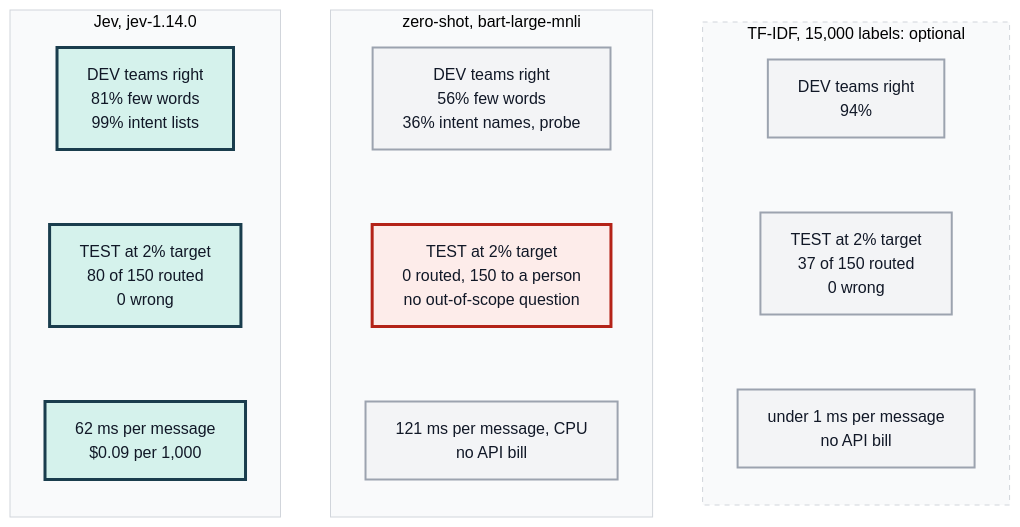
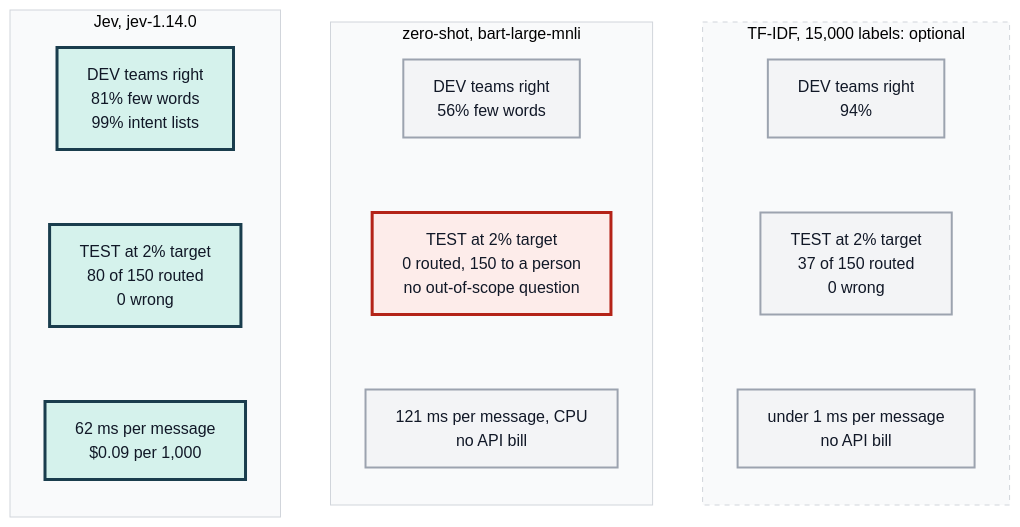
The diagram in course/diagrams/module_03/summary-jev-vs-zero-shot.mmd (axel-sirota/getting_started_jev), drawn with Mermaid before and after one commit. The commit also changed 15 other files, not shown here.

```diff
--- a/course/diagrams/module_03/summary-jev-vs-zero-shot.mmd
+++ b/course/diagrams/module_03/summary-jev-vs-zero-shot.mmd
@@ -1,32 +1,32 @@
 %%{init: {"theme": "base", "themeVariables": {"fontFamily": "Inter, sans-serif", "primaryColor": "#ECF8F6", "primaryBorderColor": "#40B8A6", "primaryTextColor": "#111827", "lineColor": "#1A3D4D", "secondaryColor": "#F9FAFB", "tertiaryColor": "#FFFFFF", "clusterBkg": "#F9FAFB", "clusterBorder": "#D1D5DB", "actorBkg": "#ECF8F6", "actorBorder": "#40B8A6", "noteBkgColor": "#FFF6DA", "noteBorderColor": "#E0B84C"}}}%%
 flowchart LR
   subgraph JEV["Jev, jev-1.14.0"]
     direction TB
     J1["DEV teams right<br/>81% few words<br/>99% intent lists"]
     J2["TEST at 2% target<br/>80 of 150 routed<br/>0 wrong"]
     J3["62 ms per message<br/>$0.09 per 1,000"]
     J1 ~~~ J2 ~~~ J3
   end
   subgraph ZS["zero-shot, bart-large-mnli"]
     direction TB
-    Z1["DEV teams right<br/>56% few words<br/>36% intent names, probe"]
+    Z1["DEV teams right<br/>56% few words"]
     Z2["TEST at 2% target<br/>0 routed, 150 to a person<br/>no out-of-scope question"]
     Z3["121 ms per message, CPU<br/>no API bill"]
     Z1 ~~~ Z2 ~~~ Z3
   end
   subgraph TF["TF-IDF, 15,000 labels: optional"]
     direction TB
     T1["DEV teams right<br/>94%"]
     T2["TEST at 2% target<br/>37 of 150 routed<br/>0 wrong"]
     T3["under 1 ms per message<br/>no API bill"]
     T1 ~~~ T2 ~~~ T3
   end
   JEV ~~~ ZS ~~~ TF
 
   classDef jev fill:#D5F2EC,stroke:#1A3D4D,stroke-width:3px
   classDef base fill:#F3F4F6,stroke:#9CA3AF,stroke-width:2px
   classDef fail fill:#FDECEA,stroke:#B42318,stroke-width:3px
   class J1,J2,J3 jev
   class Z1,Z3,T1,T2,T3 base
   class Z2 fail
   style TF stroke-dasharray:5 5
```
